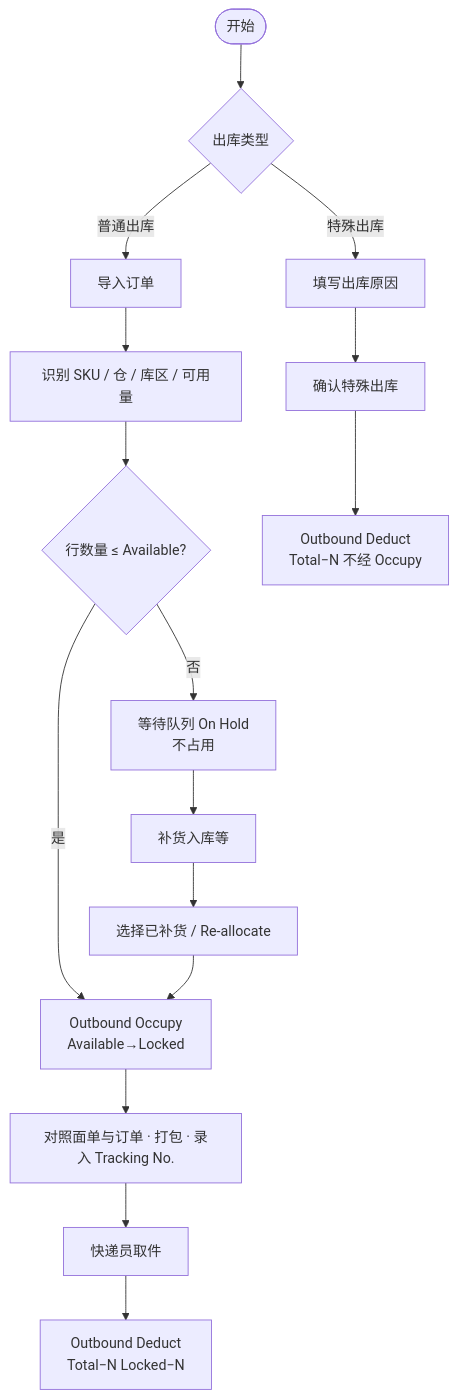
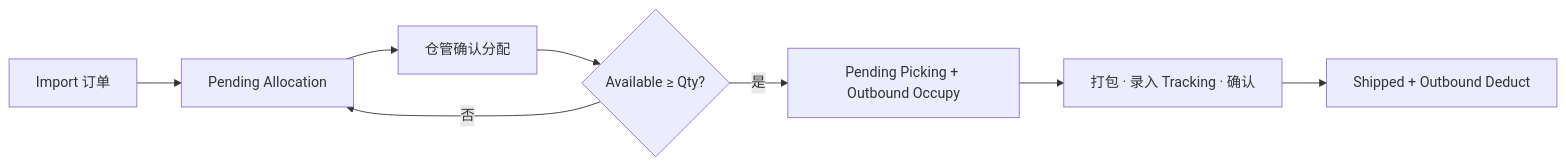
Before and after one commit to Nular/lxy-misc: the diagram in docs/KickBazar-WMS-Outbound-PRD.md, drawn with Mermaid. The commit also changed other lines of this file and 6 other files, not shown here.

First line of the commit message:
Outbound: 订单列表 xlsx import, Shipping No., zone, partial-ship PRD

````diff
--- a/docs/KickBazar-WMS-Outbound-PRD.md
+++ b/docs/KickBazar-WMS-Outbound-PRD.md
@@ -33,18 +33,10 @@
 ```mermaid
-flowchart TB
-  start([开始]) --> choice{出库类型}
-  choice -->|普通出库| imp[导入订单]
-  imp --> id[识别 SKU / 仓 / 库区 / 可用量]
-  id --> enough{行数量 ≤ Available?}
-  enough -->|是| occ[Outbound Occupy<br/>Available→Locked]
-  occ --> pack[对照面单与订单 · 打包 · 录入 Tracking No.]
-  pack --> pickup[快递员取件]
-  pickup --> ded[Outbound Deduct<br/>Total−N Locked−N]
-  enough -->|否| wait[等待队列 On Hold<br/>不占用]
-  wait --> repl[补货入库等]
-  repl --> realloc[选择已补货 / Re-allocate]
-  realloc --> occ
-  choice -->|特殊出库| reason[填写出库原因]
-  reason --> spec[确认特殊出库]
-  spec --> specded[Outbound Deduct<br/>Total−N 不经 Occupy]
+flowchart LR
+  imp[Import 订单] --> pa[Pending Allocation]
+  pa --> alloc[仓管确认分配]
+  alloc --> enough{Available ≥ Qty?}
+  enough -->|是| pp[Pending Picking + Outbound Occupy]
+  enough -->|否| pa
+  pp --> pack[打包 · 录入 Tracking · 确认]
+  pack --> sh[Shipped + Outbound Deduct]
 ```
````
